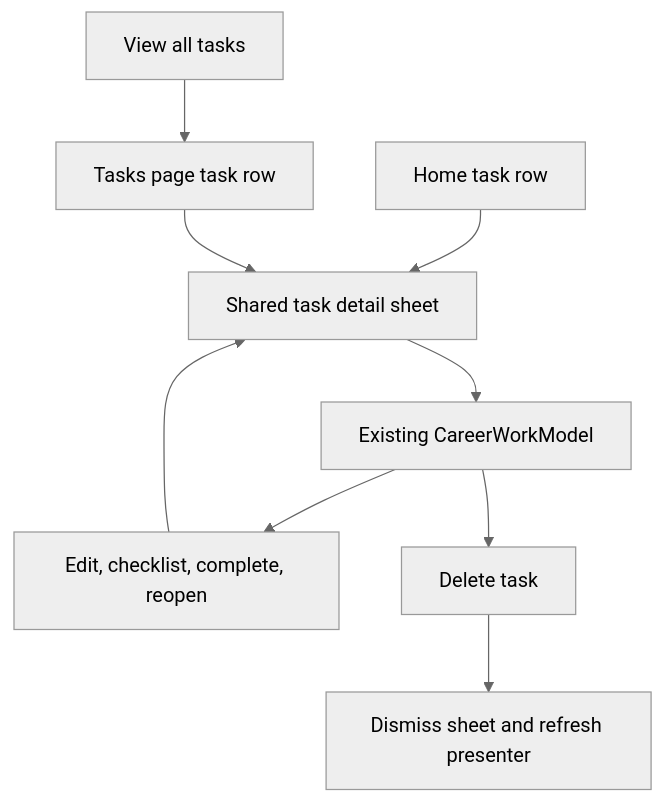
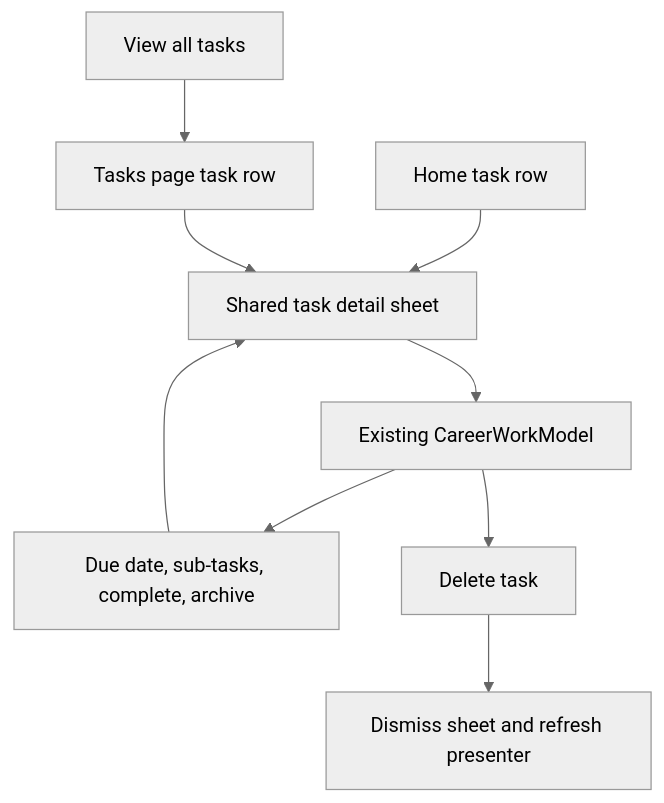
The diagram in docs/superpowers/specs/2026-11-19-task-detail-sheet-design.md (EmmanuelBaah27/taisa), drawn with Mermaid (neutral theme) before and after one commit. The commit also changed other lines of this file and 11 other files, not shown here.

````diff
--- a/docs/superpowers/specs/2026-11-19-task-detail-sheet-design.md
+++ b/docs/superpowers/specs/2026-11-19-task-detail-sheet-design.md
@@ -37,11 +45,11 @@
 ```mermaid
 flowchart TD
     H[Home task row] --> S[Shared task detail sheet]
     T[Tasks page task row] --> S
     V[View all tasks] --> T
     S --> M[Existing CareerWorkModel]
-    M --> U[Edit, checklist, complete, reopen]
+    M --> U[Due date, sub-tasks, complete, archive]
     M --> D[Delete task]
     U --> S
     D --> X[Dismiss sheet and refresh presenter]
 ```
````
